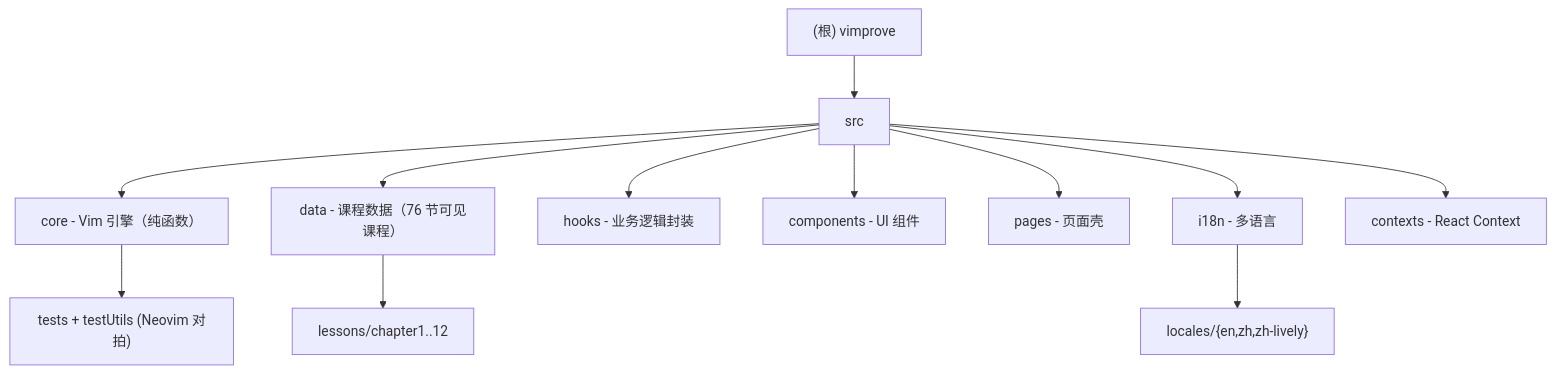
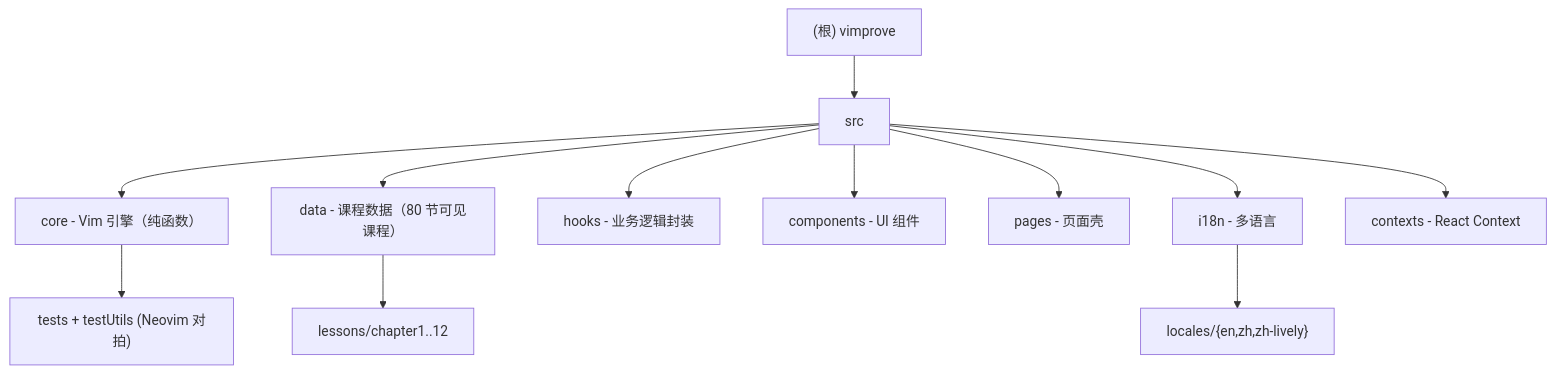
One commit to hechangjia/vimprove changed the diagram in CLAUDE.md. Above: the diagram before and after it, drawn with Mermaid. The commit also changed other lines of this file and 17 other files, not shown here.

````diff
--- a/CLAUDE.md
+++ b/CLAUDE.md
@@ -10,21 +10,21 @@
 ```mermaid
 graph TD
     A["(根) vimprove"] --> SRC["src"]
     SRC --> CORE["core - Vim 引擎（纯函数）"]
-    SRC --> DATA["data - 课程数据（76 节可见课程）"]
+    SRC --> DATA["data - 课程数据（80 节可见课程）"]
     SRC --> HOOKS["hooks - 业务逻辑封装"]
     SRC --> COMPONENTS["components - UI 组件"]
     SRC --> PAGES["pages - 页面壳"]
     SRC --> I18N["i18n - 多语言"]
     SRC --> CONTEXTS["contexts - React Context"]
     DATA --> LESSONS["lessons/chapter1..12"]
     CORE --> CORE_TESTS["tests + testUtils (Neovim 对拍)"]
     I18N --> LOCALES["locales/{en,zh,zh-lively}"]
 
     click CORE "./src/core/CLAUDE.md" "查看 core 模块文档"
     click DATA "./src/data/CLAUDE.md" "查看 data 模块文档"
     click HOOKS "./src/hooks/CLAUDE.md" "查看 hooks 模块文档"
     click COMPONENTS "./src/components/CLAUDE.md" "查看 components 模块文档"
     click PAGES "./src/pages/CLAUDE.md" "查看 pages 模块文档"
     click I18N "./src/i18n/CLAUDE.md" "查看 i18n 模块文档"
 ```
````
